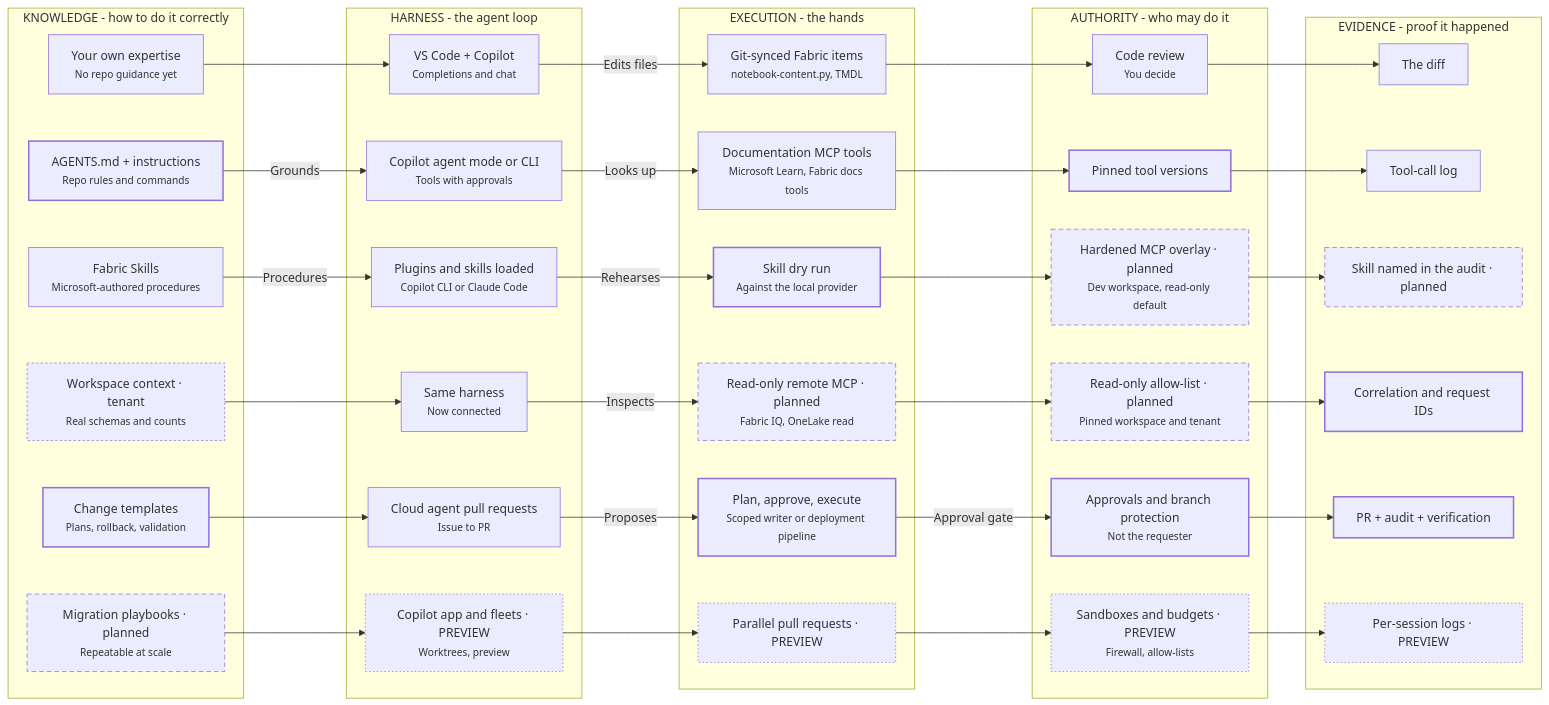
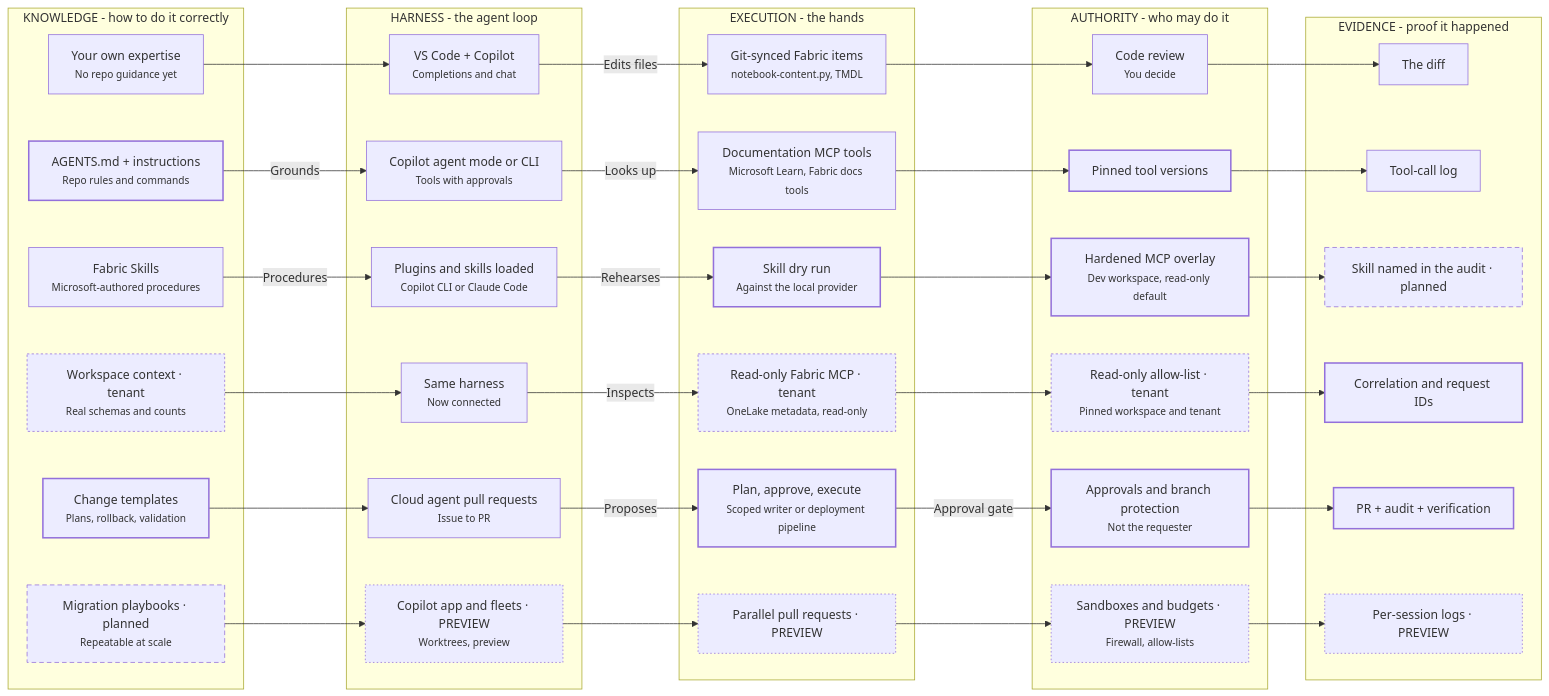
One commit to honestypugh2/fabric-foundry-integration-accelerator changed the diagram in docs/architecture/agentic-data-engineering.md. Above: the diagram before and after it, drawn with Mermaid. The commit also changed other lines of this file and 143 other files, not shown here.

````diff
--- a/docs/architecture/agentic-data-engineering.md
+++ b/docs/architecture/agentic-data-engineering.md
@@ -22,78 +22,78 @@
 ```mermaid
 flowchart LR
   subgraph knowledge["KNOWLEDGE - how to do it correctly"]
     l1_know["Your own expertise<br/><small>No repo guidance yet</small>"]
     l2_know["AGENTS.md + instructions<br/><small>Repo rules and commands</small>"]
     l3_know["Fabric Skills<br/><small>Microsoft-authored procedures</small>"]
     l4_know["Workspace context · tenant<br/><small>Real schemas and counts</small>"]
     l5_know["Change templates<br/><small>Plans, rollback, validation</small>"]
     l6_know["Migration playbooks · planned<br/><small>Repeatable at scale</small>"]
   end
   subgraph harness["HARNESS - the agent loop"]
     l1_harness["VS Code + Copilot<br/><small>Completions and chat</small>"]
     l2_harness["Copilot agent mode or CLI<br/><small>Tools with approvals</small>"]
     l3_harness["Plugins and skills loaded<br/><small>Copilot CLI or Claude Code</small>"]
     l4_harness["Same harness<br/><small>Now connected</small>"]
     l5_harness["Cloud agent pull requests<br/><small>Issue to PR</small>"]
     l6_harness["Copilot app and fleets · PREVIEW<br/><small>Worktrees, preview</small>"]
   end
   subgraph execution["EXECUTION - the hands"]
     l1_exec["Git-synced Fabric items<br/><small>notebook-content.py, TMDL</small>"]
     l2_exec["Documentation MCP tools<br/><small>Microsoft Learn, Fabric docs tools</small>"]
     l3_exec["Skill dry run<br/><small>Against the local provider</small>"]
-    l4_exec["Read-only remote MCP · planned<br/><small>Fabric IQ, OneLake read</small>"]
+    l4_exec["Read-only Fabric MCP · tenant<br/><small>OneLake metadata, read-only</small>"]
     l5_exec["Plan, approve, execute<br/><small>Scoped writer or deployment pipeline</small>"]
     l6_exec["Parallel pull requests · PREVIEW"]
   end
   subgraph authority["AUTHORITY - who may do it"]
     l1_auth["Code review<br/><small>You decide</small>"]
     l2_auth["Pinned tool versions"]
-    l3_auth["Hardened MCP overlay · planned<br/><small>Dev workspace, read-only default</small>"]
-    l4_auth["Read-only allow-list · planned<br/><small>Pinned workspace and tenant</small>"]
+    l3_auth["Hardened MCP overlay<br/><small>Dev workspace, read-only default</small>"]
+    l4_auth["Read-only allow-list · tenant<br/><small>Pinned workspace and tenant</small>"]
     l5_auth["Approvals and branch protection<br/><small>Not the requester</small>"]
     l6_auth["Sandboxes and budgets · PREVIEW<br/><small>Firewall, allow-lists</small>"]
   end
   subgraph evidence["EVIDENCE - proof it happened"]
     l1_evidence["The diff"]
     l2_evidence["Tool-call log"]
     l3_evidence["Skill named in the audit · planned"]
     l4_evidence["Correlation and request IDs"]
     l5_evidence["PR + audit + verification"]
     l6_evidence["Per-session logs · PREVIEW"]
   end
   l1_know --> l1_harness
   l1_harness -->|Edits files| l1_exec
   l1_exec --> l1_auth
   l1_auth --> l1_evidence
   l2_know -->|Grounds| l2_harness
   l2_harness -->|Looks up| l2_exec
   l2_exec --> l2_auth
   l2_auth --> l2_evidence
   l3_know -->|Procedures| l3_harness
   l3_harness -->|Rehearses| l3_exec
   l3_exec --> l3_auth
   l3_auth --> l3_evidence
   l4_know --> l4_harness
   l4_harness -->|Inspects| l4_exec
   l4_exec --> l4_auth
   l4_auth --> l4_evidence
   l5_know --> l5_harness
   l5_harness -->|Proposes| l5_exec
   l5_exec -->|Approval gate| l5_auth
   l5_auth --> l5_evidence
   l6_know --> l6_harness
   l6_harness --> l6_exec
   l6_exec --> l6_auth
   l6_auth --> l6_evidence
   class l1_know,l1_harness,l1_exec,l1_auth,l1_evidence,l2_harness,l2_exec,l2_evidence,l3_know,l3_harness,l4_harness,l5_harness documented
-  class l2_know,l2_auth,l3_exec,l4_evidence,l5_know,l5_exec,l5_auth,l5_evidence implemented
-  class l3_auth,l3_evidence,l4_exec,l4_auth,l6_know planned
+  class l2_know,l2_auth,l3_exec,l3_auth,l4_evidence,l5_know,l5_exec,l5_auth,l5_evidence implemented
+  class l3_evidence,l6_know planned
   class l6_harness,l6_exec,l6_auth,l6_evidence preview
-  class l4_know tenant_validation
+  class l4_know,l4_exec,l4_auth tenant_validation
   classDef implemented stroke-width:2px
   classDef planned stroke-dasharray: 6 4
   classDef preview stroke-dasharray: 2 3
   classDef optional stroke-dasharray: 8 4
   classDef documented stroke-width:1px
   classDef tenant_validation stroke-dasharray: 3 3
 ```
````
